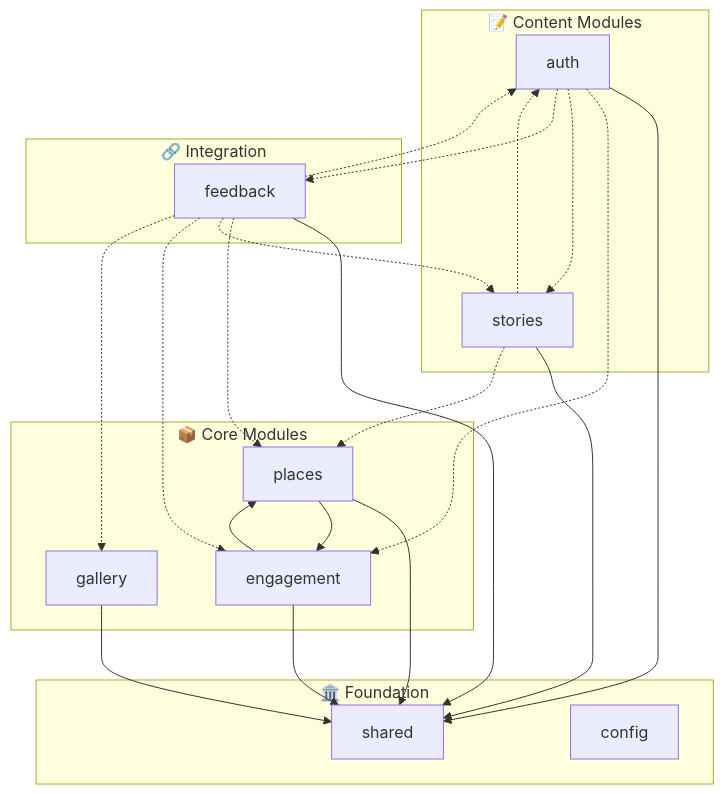
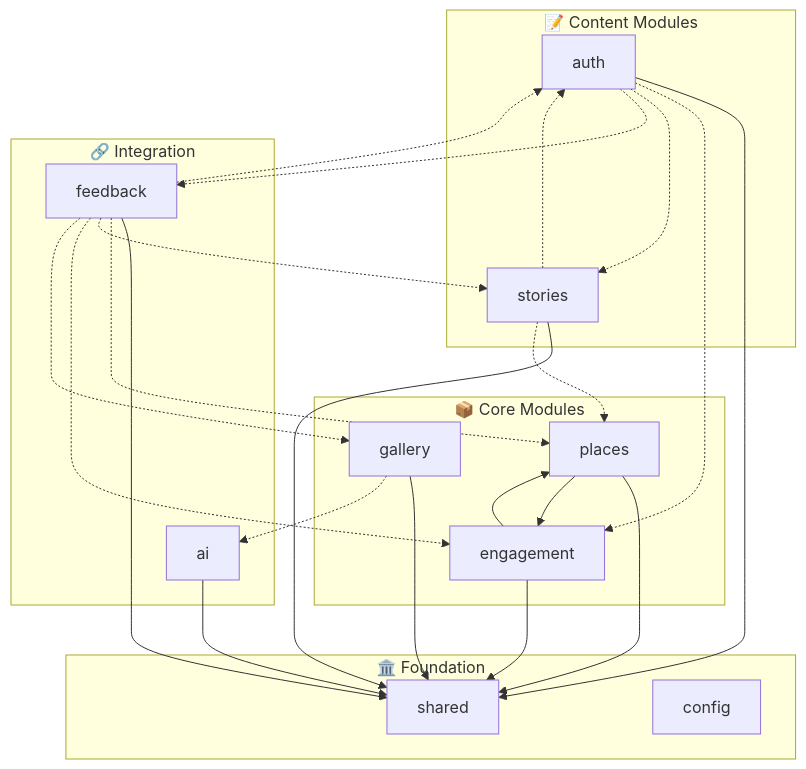
One commit to deznode/nosilha changed the first of 3 diagrams in docs/spring-modulith.md. Above: the diagram before and after it, drawn with Mermaid. The commit also changed other lines of this file and 3 other files, not shown here.

First line of the commit message:
docs: update architecture, modulith, API, and secret docs for AI module

````diff
--- a/docs/spring-modulith.md
+++ b/docs/spring-modulith.md
@@ -25,43 +26,46 @@
 ```mermaid
 flowchart TB
     subgraph Foundation["🏛️ Foundation"]
         shared["shared"]
         config["config"]
     end
 
     subgraph Core["📦 Core Modules"]
         places["places"]
         gallery["gallery"]
         engagement["engagement"]
     end
 
     subgraph Content["📝 Content Modules"]
         auth["auth"]
         stories["stories"]
     end
 
     subgraph Integration["🔗 Integration"]
         feedback["feedback"]
+        ai["ai"]
     end
 
     places --> shared
     places --> engagement
     gallery --> shared
     engagement --> shared
     engagement --> places
 
     auth --> shared
     auth -.-> engagement
     auth -.-> stories
     auth -.-> feedback
     stories --> shared
     stories -.-> auth
     stories -.-> places
 
     feedback --> shared
     feedback -.-> auth
     feedback -.-> places
     feedback -.-> stories
     feedback -.-> engagement
     feedback -.-> gallery
+    ai --> shared
+    gallery -.-> ai
 ```
````
